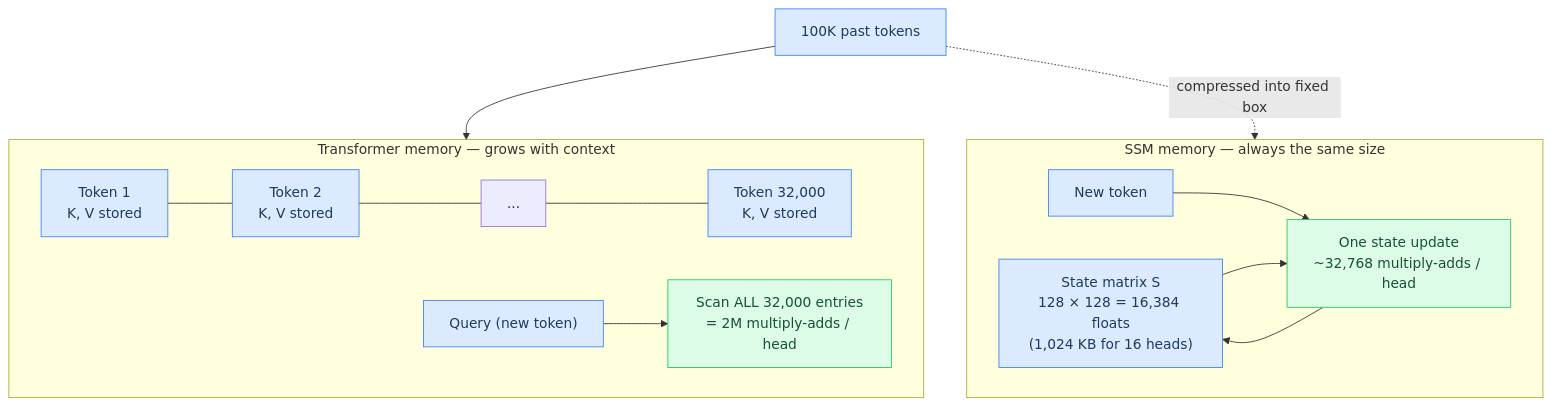
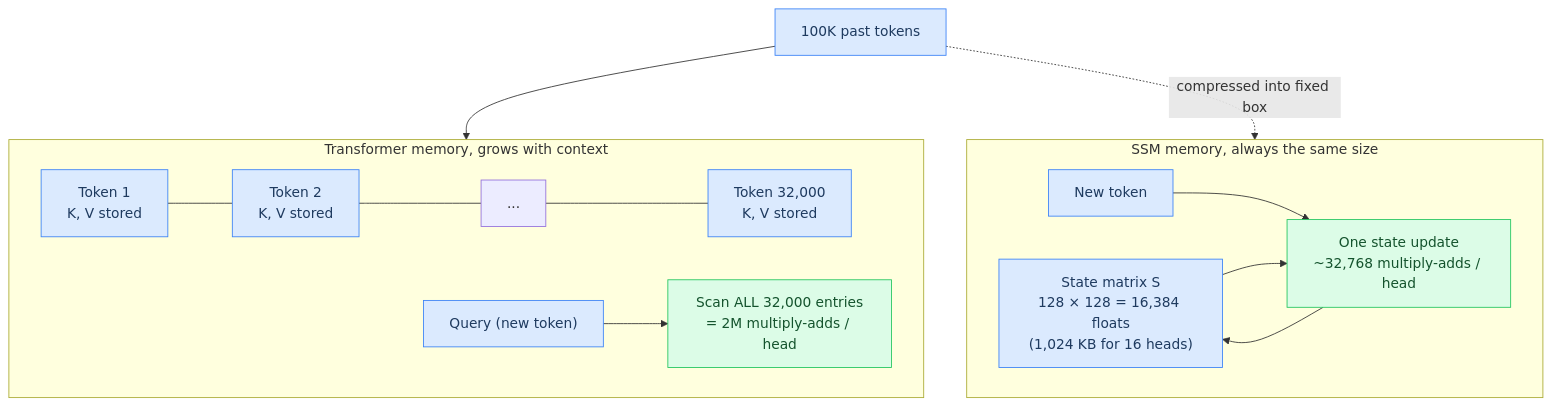
Before and after one commit to maci0/agave: the fifth of 6 diagrams in docs/tutorial/06-state-space-models.md, drawn with Mermaid. The commit also changed other lines of this file and 196 other files, not shown here.

````diff
--- a/docs/tutorial/06-state-space-models.md
+++ b/docs/tutorial/06-state-space-models.md
@@ -260,26 +260,26 @@
 ```mermaid
 flowchart TD
     classDef setup     fill:#dbeafe,stroke:#3b82f6,color:#1e3a5f
     classDef sync      fill:#dcfce7,stroke:#22c55e,color:#14532d
     classDef migration fill:#fef9c3,stroke:#eab308,color:#713f12
     classDef success   fill:#bbf7d0,stroke:#16a34a,color:#14532d
     classDef danger    fill:#fee2e2,stroke:#ef4444,color:#7f1d1d
     classDef optional  fill:#f3e8ff,stroke:#9333ea,color:#581c87
 
-    subgraph TransformerMem["Transformer memory — grows with context"]
+    subgraph TransformerMem["Transformer memory, grows with context"]
         direction LR
         T1K["Token 1\nK, V stored"]:::setup --- T2K["Token 2\nK, V stored"]:::setup --- TdotK["..."] --- T32KK["Token 32,000\nK, V stored"]:::setup
         QNew1["Query (new token)"]:::setup --> ScanAll["Scan ALL 32,000 entries\n= 2M multiply-adds / head"]:::sync
     end
 
-    subgraph SSMMem["SSM memory — always the same size"]
+    subgraph SSMMem["SSM memory, always the same size"]
         direction LR
         SMatrix["State matrix S\n128 × 128 = 16,384 floats\n(1,024 KB for 16 heads)"]:::setup
         QNew2["New token"]:::setup --> UpdateS["One state update\n~32,768 multiply-adds / head"]:::sync
         UpdateS --> SMatrix
         SMatrix --> UpdateS
     end
 
     Past["100K past tokens"]:::setup --> TransformerMem
     Past -. "compressed into fixed box" .-> SSMMem
 ```
````
